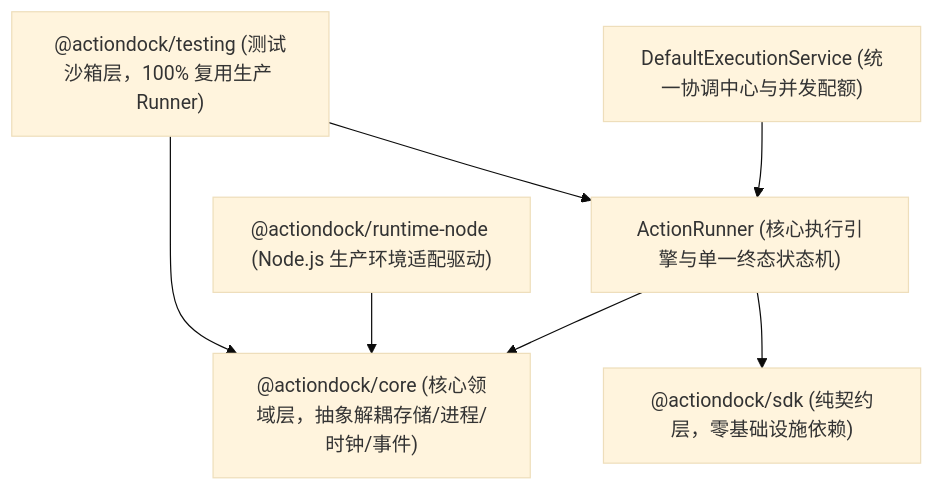
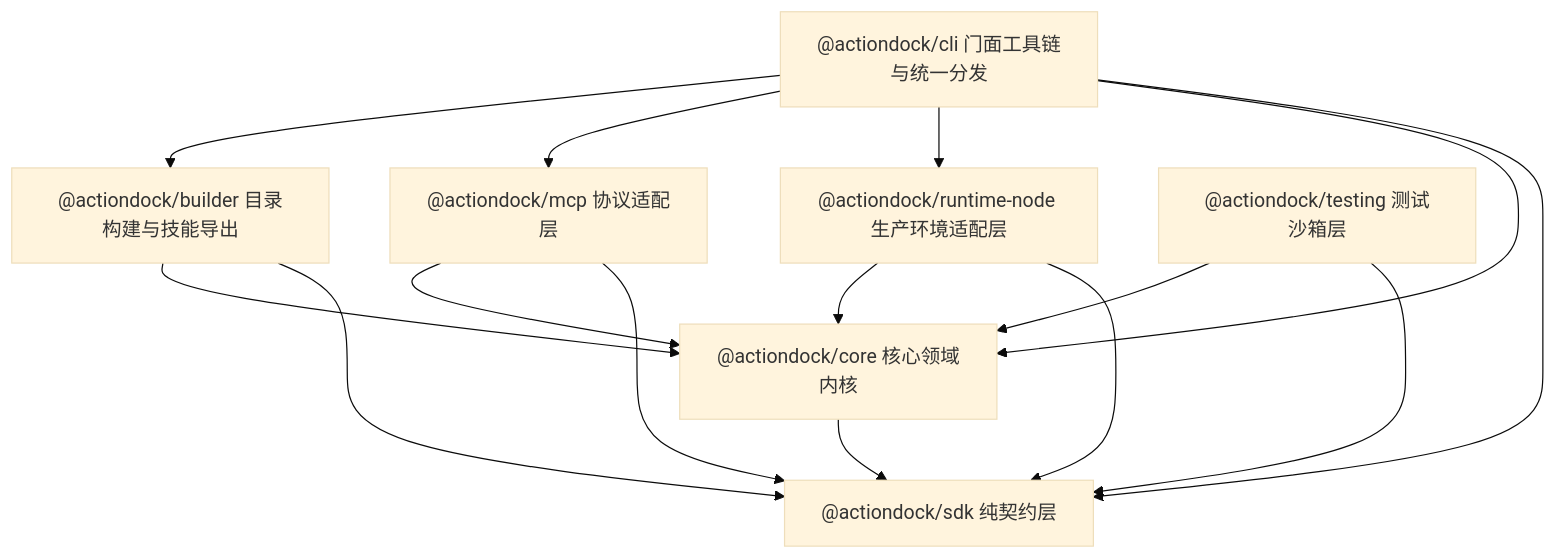
Before and after one commit to team4u/actiondock: the first of 3 diagrams in docs/architecture/runtime.md, drawn with Mermaid (base theme). The commit also changed other lines of this file and 11 other files, not shown here.

````diff
--- a/docs/architecture/runtime.md
+++ b/docs/architecture/runtime.md
@@ -11,16 +11,30 @@
 ```mermaid
 graph TD
-    SDK["@actiondock/sdk (纯契约层，零基础设施依赖)"]
-    CORE["@actiondock/core (核心领域层，抽象解耦存储/进程/时钟/事件)"]
-    NODE["@actiondock/runtime-node (Node.js 生产环境适配驱动)"]
-    TEST["@actiondock/testing (测试沙箱层，100% 复用生产 Runner)"]
-    SERVICE["DefaultExecutionService (统一协调中心与并发配额)"]
-    RUNNER["ActionRunner (核心执行引擎与单一终态状态机)"]
+    CLI["@actiondock/cli 门面工具链与统一分发"]
+    BUILDER["@actiondock/builder 目录构建与技能导出"]
+    MCP["@actiondock/mcp 协议适配层"]
+    RUNTIME_NODE["@actiondock/runtime-node 生产环境适配层"]
+    TESTING["@actiondock/testing 测试沙箱层"]
+    CORE["@actiondock/core 核心领域内核"]
+    SDK["@actiondock/sdk 纯契约层"]
 
-    SERVICE --> RUNNER
-    RUNNER --> CORE
-    RUNNER --> SDK
-    NODE --> CORE
-    TEST --> CORE
-    TEST --> RUNNER
+    CLI --> BUILDER
+    CLI --> MCP
+    CLI --> RUNTIME_NODE
+    CLI --> CORE
+    CLI --> SDK
+
+    BUILDER --> CORE
+    BUILDER --> SDK
+
+    MCP --> CORE
+    MCP --> SDK
+
+    RUNTIME_NODE --> CORE
+    RUNTIME_NODE --> SDK
+
+    TESTING --> CORE
+    TESTING --> SDK
+
+    CORE --> SDK
 ```
````
